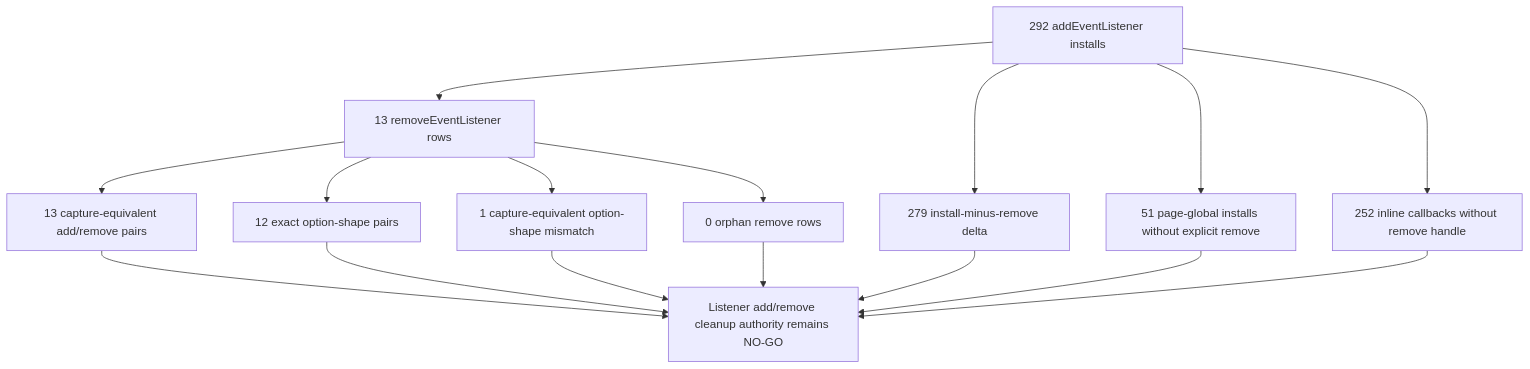
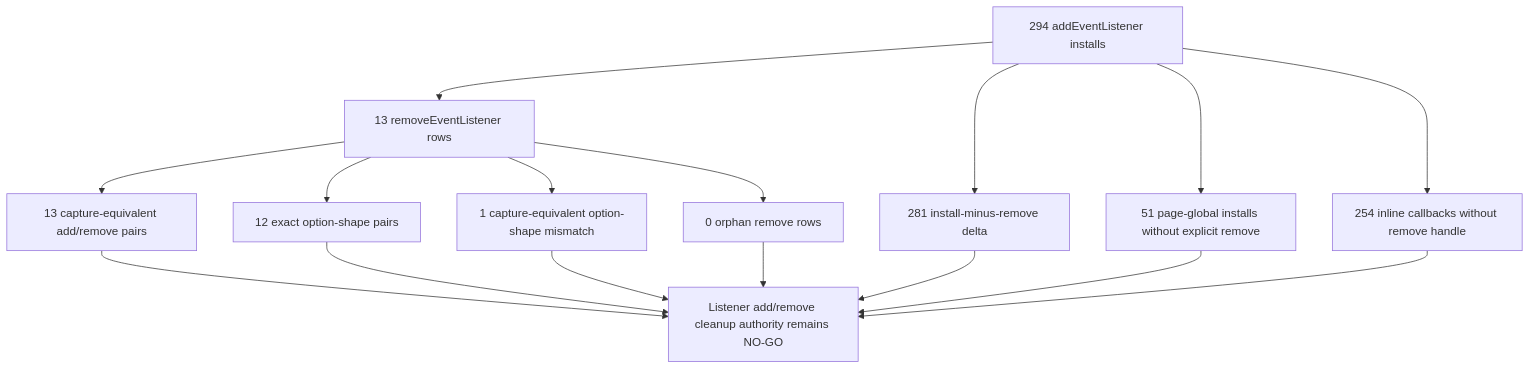
The seventh of 47 diagrams in docs/audit/FILTERTUBE_LIFECYCLE_INSTANCE_REGISTER_2026-05-18.md (varshneydevansh/FilterTube), drawn with Mermaid before and after one commit. The commit also changed other lines of this file and 619 other files, not shown here.

````diff
--- a/docs/audit/FILTERTUBE_LIFECYCLE_INSTANCE_REGISTER_2026-05-18.md
+++ b/docs/audit/FILTERTUBE_LIFECYCLE_INSTANCE_REGISTER_2026-05-18.md
@@ -647,18 +647,18 @@
 ```mermaid
 flowchart TD
-  A["292 addEventListener installs"] --> B["13 removeEventListener rows"]
+  A["294 addEventListener installs"] --> B["13 removeEventListener rows"]
   B --> C["13 capture-equivalent add/remove pairs"]
   B --> D["12 exact option-shape pairs"]
   B --> E["1 capture-equivalent option-shape mismatch"]
   B --> F["0 orphan remove rows"]
-  A --> G["279 install-minus-remove delta"]
+  A --> G["281 install-minus-remove delta"]
   A --> H["51 page-global installs without explicit remove"]
-  A --> I["252 inline callbacks without remove handle"]
+  A --> I["254 inline callbacks without remove handle"]
   C --> J["Listener add/remove cleanup authority remains NO-GO"]
   D --> J
   E --> J
   F --> J
   G --> J
   H --> J
   I --> J
 ```
````
